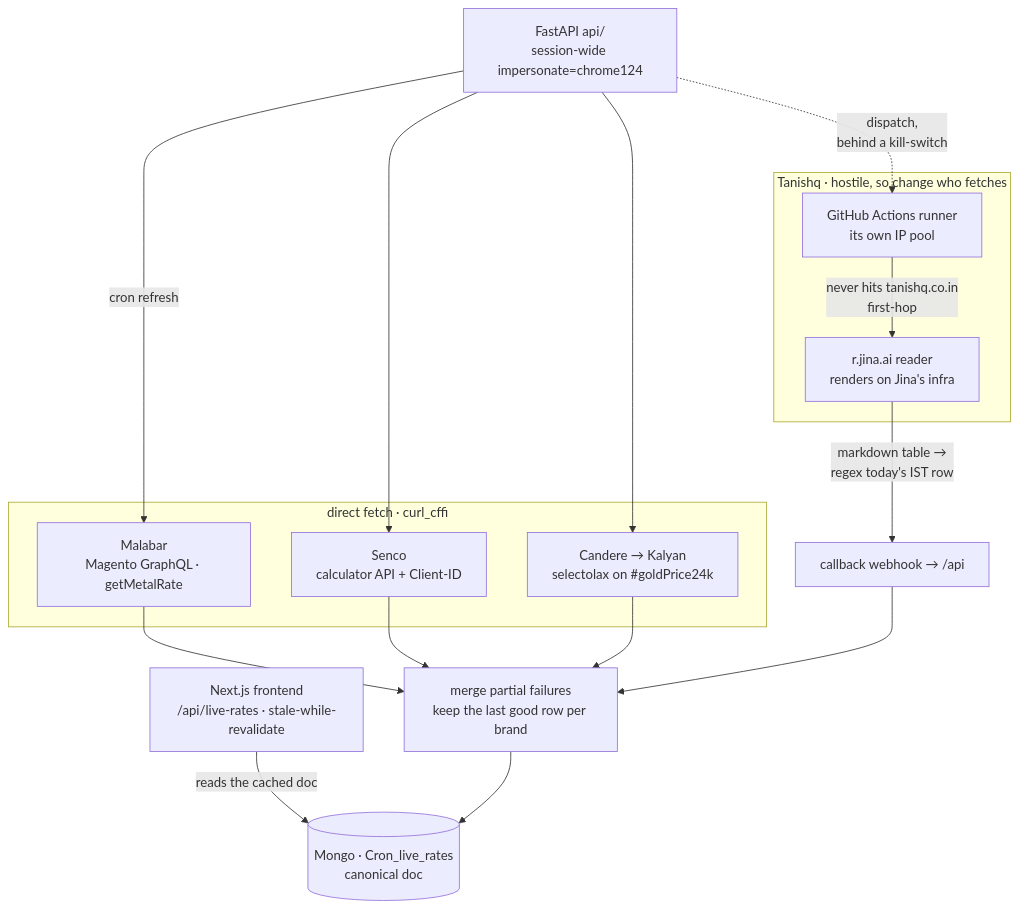
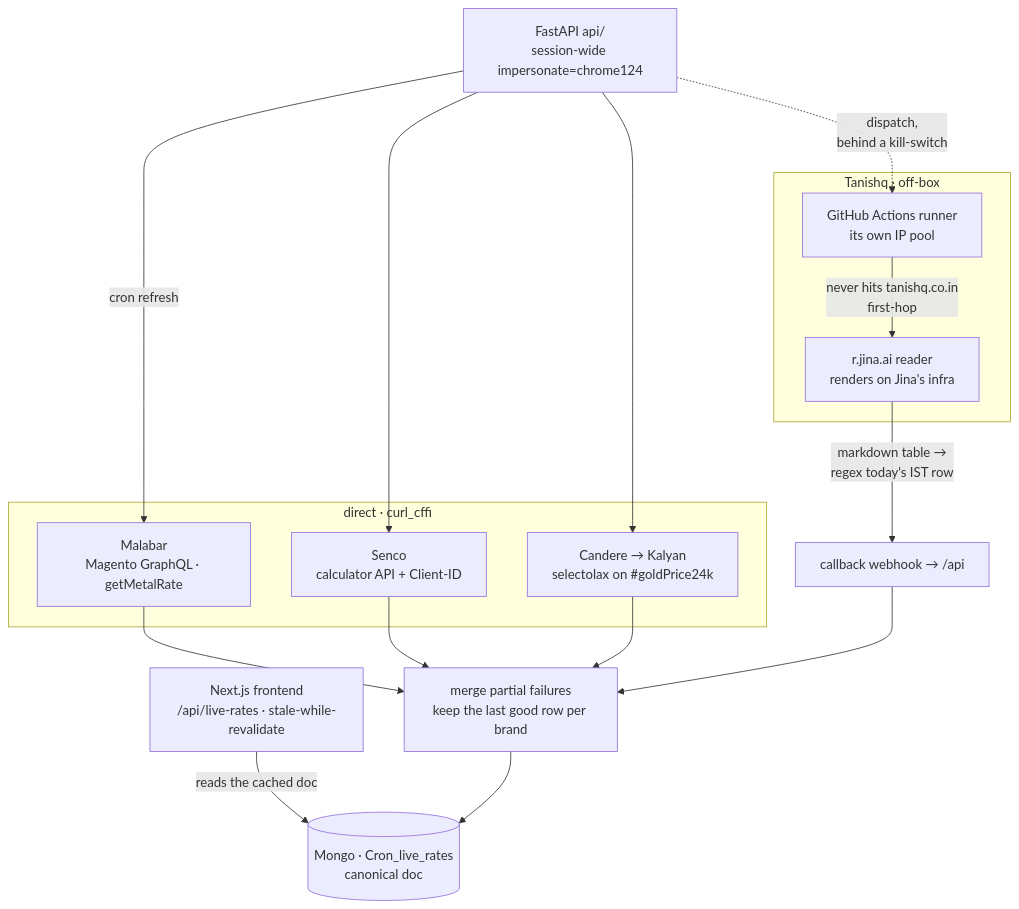
One commit to tashifkhan/Blog changed the diagram in src/blogs/Scraping-Live-Data.md. Above: the diagram before and after it, drawn with Mermaid. The commit also changed 1 other file, not shown here.

Commit message:
fix: shorten mermaid subgraph labels to prevent wrapping

````diff
--- a/src/blogs/Scraping-Live-Data.md
+++ b/src/blogs/Scraping-Live-Data.md
@@ -34,32 +34,32 @@
 ```mermaid
 flowchart TD
     FE["Next.js frontend<br/>/api/live-rates · stale-while-revalidate"]
     API["FastAPI api/<br/>session-wide impersonate=chrome124"]
     MONGO[("Mongo · Cron_live_rates<br/>canonical doc")]
     MERGE["merge partial failures<br/>keep the last good row per brand"]
 
     FE -->|"reads the cached doc"| MONGO
     API -->|"cron refresh"| MAL
     API --> SEN
     API --> CAN
     API -.->|"dispatch,<br/>behind a kill-switch"| GHA
 
-    subgraph direct ["direct fetch · curl_cffi"]
+    subgraph direct ["direct · curl_cffi"]
         MAL["Malabar<br/>Magento GraphQL · getMetalRate"]
         SEN["Senco<br/>calculator API + Client-ID"]
         CAN["Candere → Kalyan<br/>selectolax on #goldPrice24k"]
     end
 
-    subgraph isolated ["Tanishq · hostile, so change who fetches"]
+    subgraph isolated ["Tanishq · off-box"]
         GHA["GitHub Actions runner<br/>its own IP pool"]
         JINA["r.jina.ai reader<br/>renders on Jina's infra"]
         GHA -->|"never hits tanishq.co.in<br/>first-hop"| JINA
     end
 
     MAL --> MERGE
     SEN --> MERGE
     CAN --> MERGE
     JINA -->|"markdown table →<br/>regex today's IST row"| HOOK["callback webhook → /api"]
     HOOK --> MERGE
     MERGE --> MONGO
 ```
````
